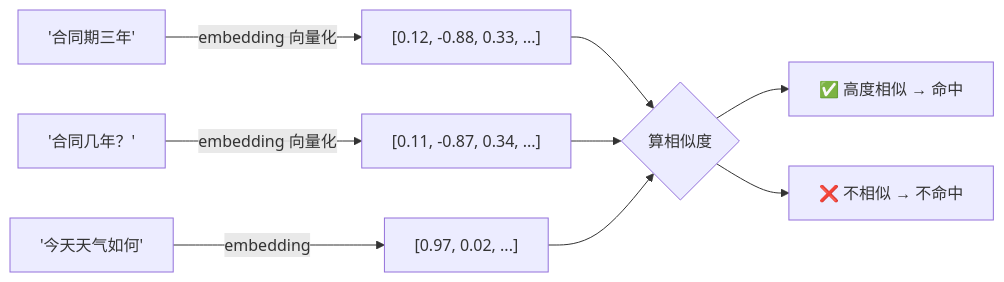
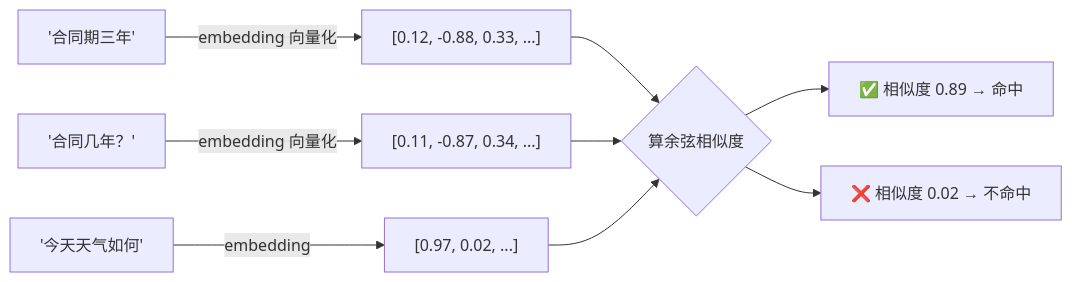
The fourth of 6 diagrams in docs/articles/nestjs-langchain-rag.md (zhonglove/zhonglove.github.io), drawn with Mermaid before and after one commit. The commit also changed other lines of this file and 4 other files, not shown here.

````diff
--- a/docs/articles/nestjs-langchain-rag.md
+++ b/docs/articles/nestjs-langchain-rag.md
@@ -121,11 +196,11 @@
 ```mermaid
 flowchart LR
     A["'合同期三年'"] -->|embedding 向量化| B["[0.12, -0.88, 0.33, ...]"]
     C["'合同几年？'"] -->|embedding 向量化| D["[0.11, -0.87, 0.34, ...]"]
-    B --> E{算相似度}
+    B --> E{算余弦相似度}
     D --> E
-    E --> F["✅ 高度相似 → 命中"]
+    E --> F["✅ 相似度 0.89 → 命中"]
     G["'今天天气如何'"] -->|embedding| H["[0.97, 0.02, ...]"]
     H --> E
-    E --> I["❌ 不相似 → 不命中"]
+    E --> I["❌ 相似度 0.02 → 不命中"]
 ```
````
